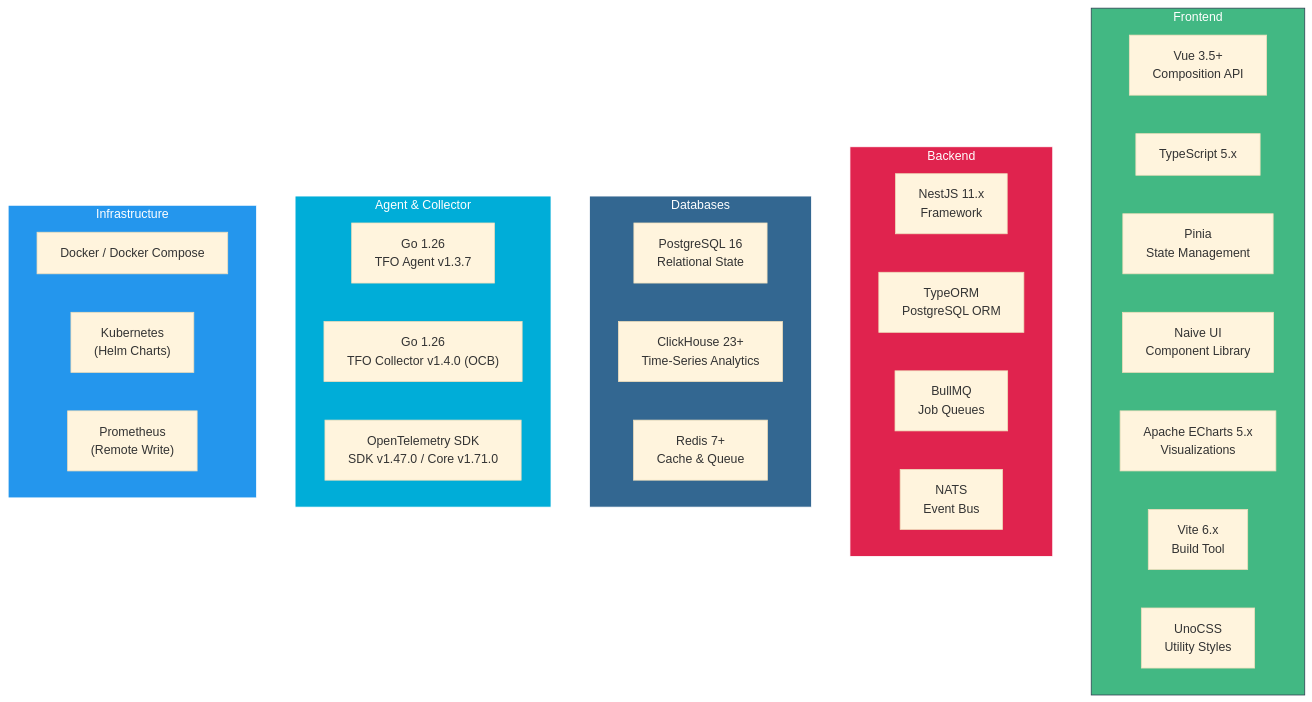
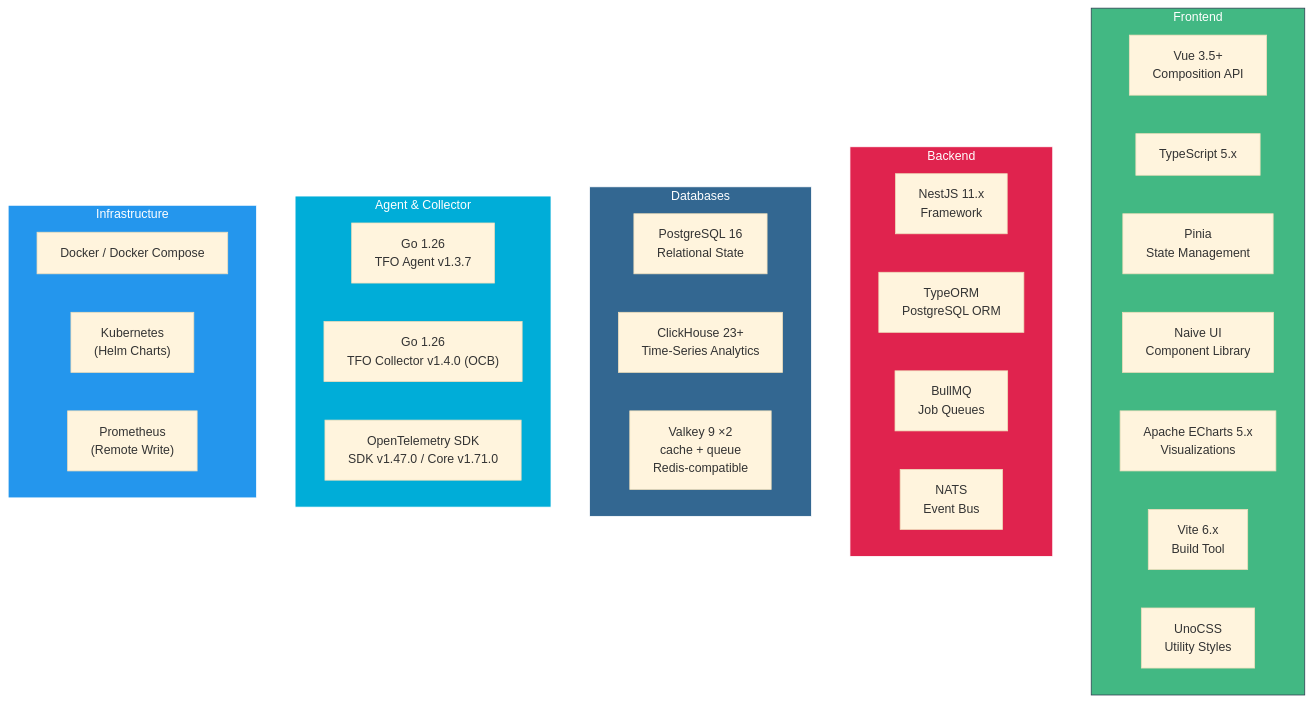
One commit to telemetryflow/.github changed diagram 13 of 18 in profile/README.md. Above: the diagram before and after it, drawn with Mermaid (base theme). The commit also changed other lines of this file and 1 other file, not shown here.

First line of the commit message:
docs: add v2.6.0 capabilities (TFO-Sentry, agent deploy/RUM, collector 0.165) + Redis->Valkey

````diff
--- a/profile/README.md
+++ b/profile/README.md
@@ -927,43 +934,43 @@
 ```mermaid
 graph TB
     subgraph Frontend["Frontend"]
         VUE["Vue 3.5+<br/>Composition API"]
         TS["TypeScript 5.x"]
         PINIA["Pinia<br/>State Management"]
         NAIVE["Naive UI<br/>Component Library"]
         ECHARTS["Apache ECharts 5.x<br/>Visualizations"]
         VITE["Vite 6.x<br/>Build Tool"]
         UNO["UnoCSS<br/>Utility Styles"]
     end
 
     subgraph Backend["Backend"]
         NEST["NestJS 11.x<br/>Framework"]
         TYPEORM["TypeORM<br/>PostgreSQL ORM"]
         BULL["BullMQ<br/>Job Queues"]
         NATS_CLIENT["NATS<br/>Event Bus"]
     end
 
     subgraph Databases["Databases"]
         PG["PostgreSQL 16<br/>Relational State"]
         CLICK["ClickHouse 23+<br/>Time-Series Analytics"]
-        REDIS["Redis 7+<br/>Cache & Queue"]
+        REDIS["Valkey 9 ×2<br/>cache + queue<br/>Redis-compatible"]
     end
 
     subgraph Agent["Agent & Collector"]
         GOAGENT["Go 1.26<br/>TFO Agent v1.3.7"]
         GOCOL["Go 1.26<br/>TFO Collector v1.4.0 (OCB)"]
         OTEL_SDK["OpenTelemetry SDK<br/>SDK v1.47.0 / Core v1.71.0"]
     end
 
     subgraph Infra["Infrastructure"]
         DOCKER["Docker / Docker Compose"]
         K8S_DEPLOY["Kubernetes<br/>(Helm Charts)"]
         PROM_SERVER["Prometheus<br/>(Remote Write)"]
     end
 
     style Frontend fill:#42b883,stroke:#2c3e50,color:#fff
     style Backend fill:#e0234e,stroke:#fff,color:#fff
     style Databases fill:#336791,stroke:#fff,color:#fff
     style Agent fill:#00add8,stroke:#fff,color:#fff
     style Infra fill:#2496ed,stroke:#fff,color:#fff
 ```
````
